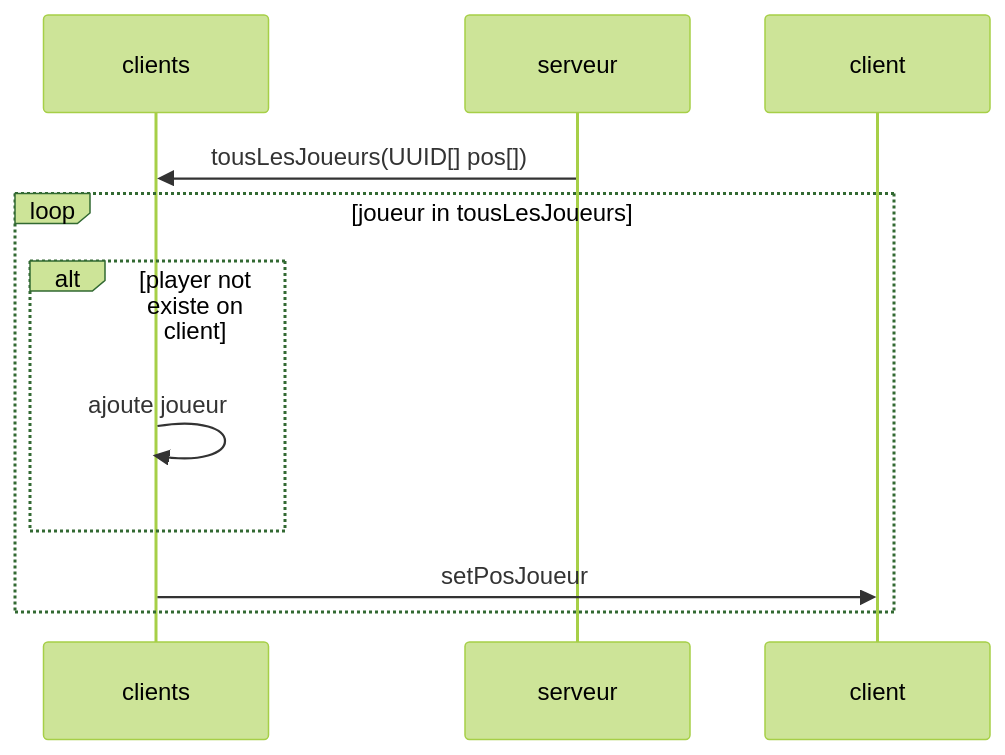
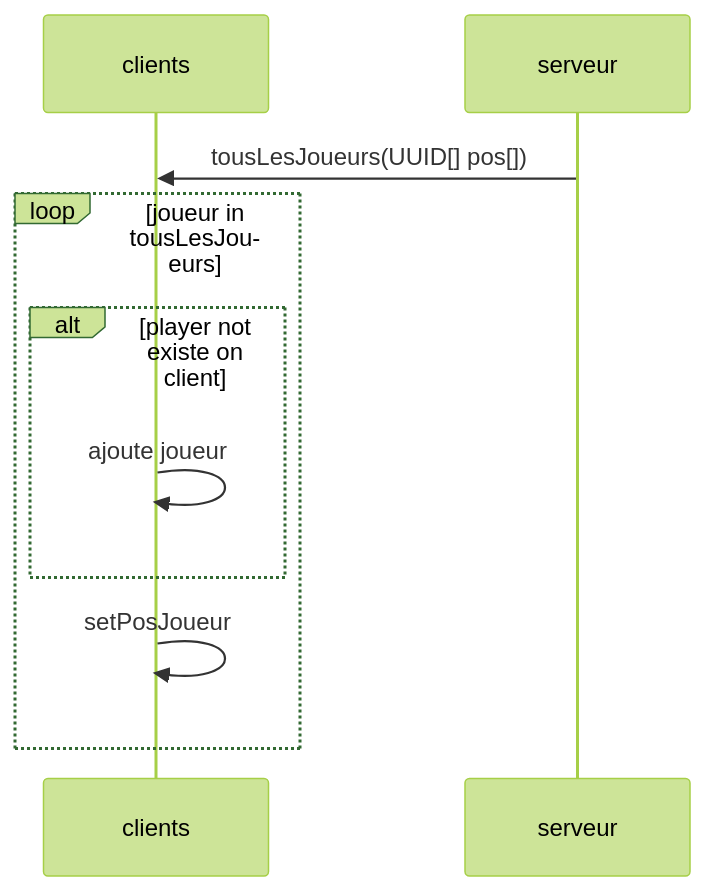
Before and after one commit to FabienChatton/RealmTech: the diagram in communs/src/ch.realmtechCommuns/packet/PlayerManagerServer.md, drawn with Mermaid (forest theme). The commit also changed 7 other files, not shown here.

````diff
--- a/communs/src/ch.realmtechCommuns/packet/PlayerManagerServer.md
+++ b/communs/src/ch.realmtechCommuns/packet/PlayerManagerServer.md
@@ -1,13 +1,13 @@
 ```mermaid
 sequenceDiagram
     participant clients
     participant serveur
     
     serveur ->> clients: tousLesJoueurs(UUID[] pos[])
     loop joueur in tousLesJoueurs
         alt player not existe on client
             clients ->> clients: ajoute joueur
         end
-        clients ->> client: setPosJoueur
+        clients ->> clients: setPosJoueur
     end
 ```
````
